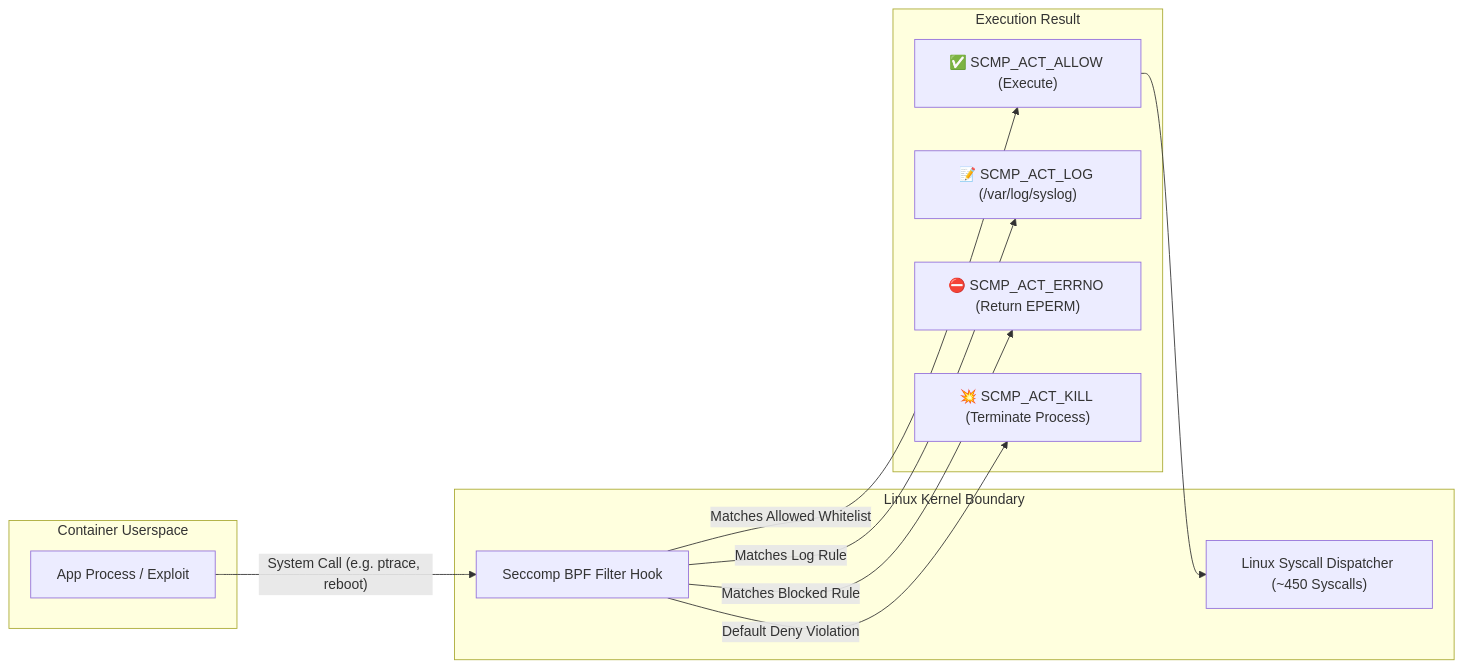
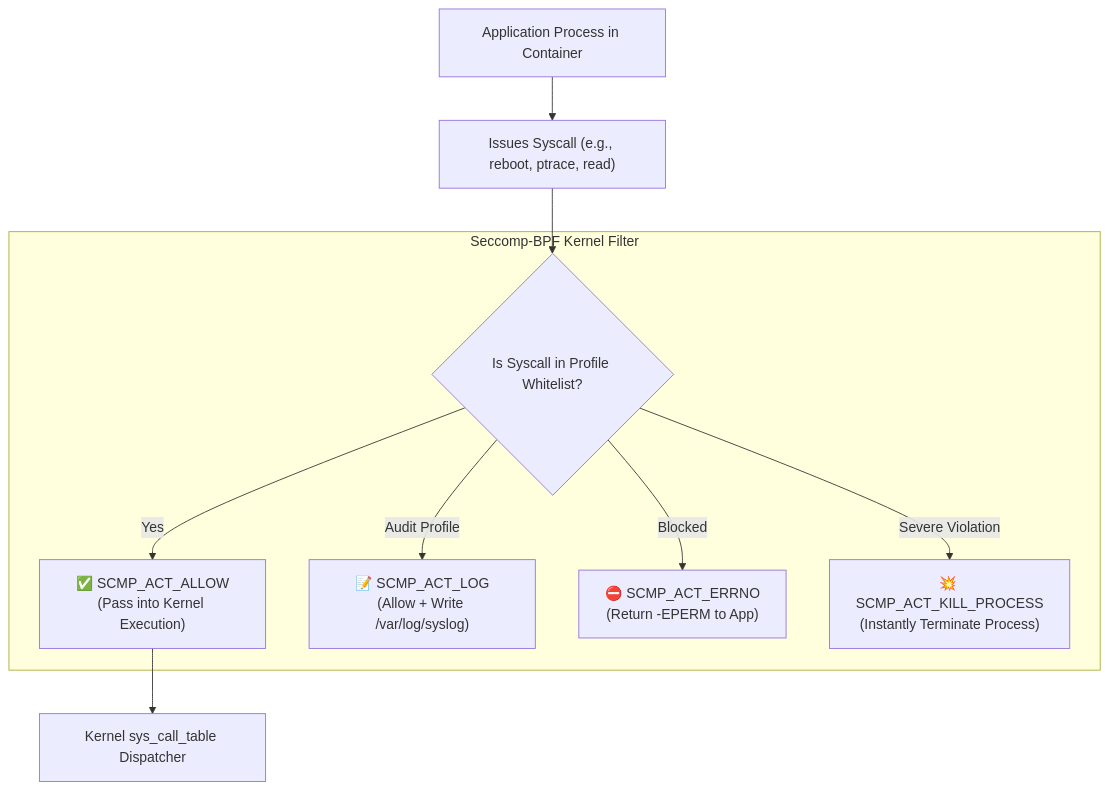
One commit to kmashour/BrainDump changed the sixth of 10 diagrams in Reference Notes/0-7-9_workload_kernel_isolation_seccomp_apparmor_and_capabilities.md. Above: the diagram before and after it, drawn with Mermaid. The commit also changed other lines of this file and 1 other file, not shown here.

````diff
--- a/Reference Notes/0-7-9_workload_kernel_isolation_seccomp_apparmor_and_capabilities.md
+++ b/Reference Notes/0-7-9_workload_kernel_isolation_seccomp_apparmor_and_capabilities.md
@@ -455,23 +443,19 @@
 ```mermaid
-flowchart LR
-    subgraph ContainerSpace ["Container Userspace"]
-        App["App Process / Exploit"]
-    end
-    subgraph KernelBoundary ["Linux Kernel Boundary"]
-        BPF["Seccomp BPF Filter Hook"]
-        SyscallTable["Linux Syscall Dispatcher (~450 Syscalls)"]
-    end
-    subgraph OutCome ["Execution Result"]
-        Allow["✅ SCMP_ACT_ALLOW (Execute)"]
-        Log["📝 SCMP_ACT_LOG (/var/log/syslog)"]
-        Errno["⛔ SCMP_ACT_ERRNO (Return EPERM)"]
-        Kill["💥 SCMP_ACT_KILL (Terminate Process)"]
+flowchart TD
+    App["Application Process in Container"] --> SyscallReq["Issues Syscall (e.g., reboot, ptrace, read)"]
+    
+    subgraph SeccompFilter ["Seccomp-BPF Kernel Filter"]
+        Check{"Is Syscall in Profile Whitelist?"}
+        Allow["✅ SCMP_ACT_ALLOW\n(Pass into Kernel Execution)"]
+        Log["📝 SCMP_ACT_LOG\n(Allow + Write /var/log/syslog)"]
+        Errno["⛔ SCMP_ACT_ERRNO\n(Return -EPERM to App)"]
+        Kill["💥 SCMP_ACT_KILL_PROCESS\n(Instantly Terminate Process)"]
     end
 
-    App -->|"System Call (e.g. ptrace, reboot)"| BPF
-    BPF -->|"Matches Allowed Whitelist"| Allow
-    BPF -->|"Matches Log Rule"| Log
-    BPF -->|"Matches Blocked Rule"| Errno
-    BPF -->|"Default Deny Violation"| Kill
-    Allow --> SyscallTable
+    SyscallReq --> Check
+    Check -- Yes --> Allow
+    Check -- Audit Profile --> Log
+    Check -- Blocked --> Errno
+    Check -- Severe Violation --> Kill
+    Allow --> KernelExec["Kernel sys_call_table Dispatcher"]
 ```
````
